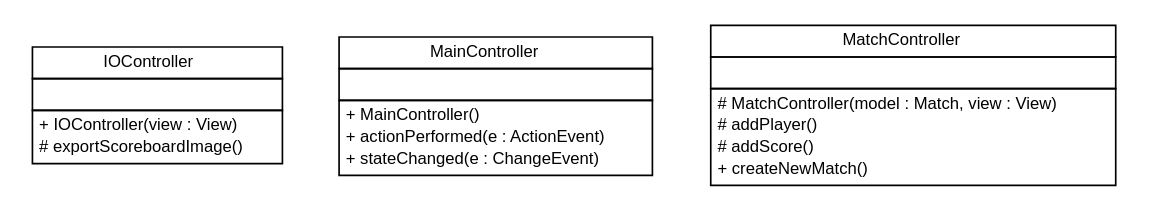
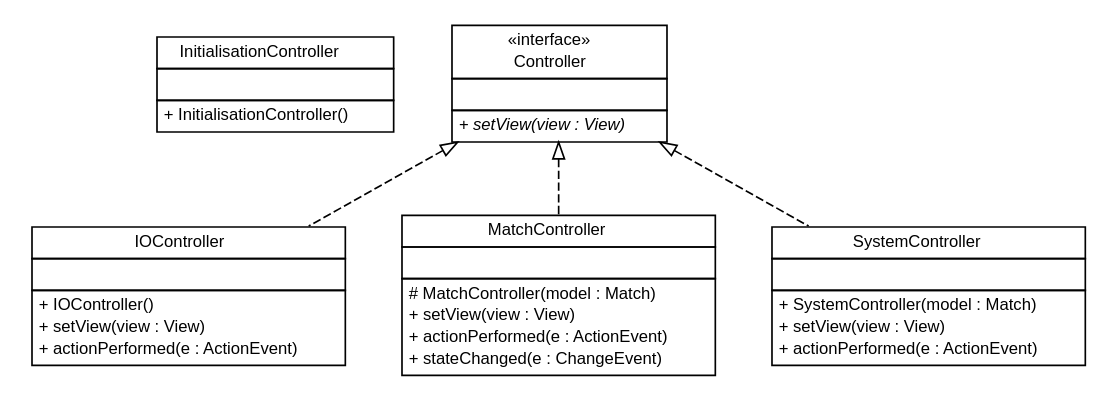
One commit to thmuggleton/bowling-desktop changed the diagram in documentation/api-javadoc/thmuggleton/controller/thmuggleton.controller.dot. Above: the diagram before and after it, drawn with Graphviz. The commit also changed 199 other files, not shown here.

```diff
--- a/documentation/api-javadoc/thmuggleton/controller/thmuggleton.controller.dot
+++ b/documentation/api-javadoc/thmuggleton/controller/thmuggleton.controller.dot
@@ -1,54 +1,86 @@
 #!/usr/local/bin/dot
 #
 # Class diagram 
 # Generated by UMLGraph version R5_6 (http://www.umlgraph.org/)
 #
 
 digraph G {
 	edge [fontname="Helvetica",fontsize=10,labelfontname="Helvetica",labelfontsize=10];
 	node [fontname="Helvetica",fontsize=10,shape=plaintext];
 	nodesep=0.25;
 	ranksep=0.5;
+	// thmuggleton.controller.InitialisationController
+	c0 [label=<<table title="thmuggleton.controller.InitialisationController" border="0" cellborder="1" cellspacing="0" cellpadding="2" port="p" href="./InitialisationController.html">
+		<tr><td><table border="0" cellspacing="0" cellpadding="1">
+<tr><td align="center" balign="center"> InitialisationController </td></tr>
+		</table></td></tr>
+		<tr><td><table border="0" cellspacing="0" cellpadding="1">
+<tr><td align="left" balign="left">  </td></tr>
+		</table></td></tr>
+		<tr><td><table border="0" cellspacing="0" cellpadding="1">
+<tr><td align="left" balign="left"> + InitialisationController() </td></tr>
+		</table></td></tr>
+		</table>>, URL="./InitialisationController.html", fontname="Helvetica", fontcolor="black", fontsize=10.0];
 	// thmuggleton.controller.IOController
-	c0 [label=<<table title="thmuggleton.controller.IOController" border="0" cellborder="1" cellspacing="0" cellpadding="2" port="p" href="./IOController.html">
+	c1 [label=<<table title="thmuggleton.controller.IOController" border="0" cellborder="1" cellspacing="0" cellpadding="2" port="p" href="./IOController.html">
 		<tr><td><table border="0" cellspacing="0" cellpadding="1">
 <tr><td align="center" balign="center"> IOController </td></tr>
 		</table></td></tr>
 		<tr><td><table border="0" cellspacing="0" cellpadding="1">
 <tr><td align="left" balign="left">  </td></tr>
 		</table></td></tr>
 		<tr><td><table border="0" cellspacing="0" cellpadding="1">
-<tr><td align="left" balign="left"> + IOController(view : View) </td></tr>
-<tr><td align="left" balign="left"> # exportScoreboardImage() </td></tr>
+<tr><td align="left" balign="left"> + IOController() </td></tr>
+<tr><td align="left" balign="left"> + setView(view : View) </td></tr>
+<tr><td align="left" balign="left"> + actionPerformed(e : ActionEvent) </td></tr>
 		</table></td></tr>
 		</table>>, URL="./IOController.html", fontname="Helvetica", fontcolor="black", fontsize=10.0];
-	// thmuggleton.controller.MainController
-	c1 [label=<<table title="thmuggleton.controller.MainController" border="0" cellborder="1" cellspacing="0" cellpadding="2" port="p" href="./MainController.html">
+	// thmuggleton.controller.Controller
+	c2 [label=<<table title="thmuggleton.controller.Controller" border="0" cellborder="1" cellspacing="0" cellpadding="2" port="p" href="./Controller.html">
 		<tr><td><table border="0" cellspacing="0" cellpadding="1">
-<tr><td align="center" balign="center"> MainController </td></tr>
+<tr><td align="center" balign="center"> &#171;interface&#187; </td></tr>
+<tr><td align="center" balign="center"> Controller </td></tr>
 		</table></td></tr>
 		<tr><td><table border="0" cellspacing="0" cellpadding="1">
 <tr><td align="left" balign="left">  </td></tr>
 		</table></td></tr>
 		<tr><td><table border="0" cellspacing="0" cellpadding="1">
-<tr><td align="left" balign="left"> + MainController() </td></tr>
-<tr><td align="left" balign="left"> + actionPerformed(e : ActionEvent) </td></tr>
-<tr><td align="left" balign="left"> + stateChanged(e : ChangeEvent) </td></tr>
+<tr><td align="left" balign="left"><font face="Helvetica-Oblique" point-size="10.0"> + setView(view : View) </font></td></tr>
 		</table></td></tr>
-		</table>>, URL="./MainController.html", fontname="Helvetica", fontcolor="black", fontsize=10.0];
+		</table>>, URL="./Controller.html", fontname="Helvetica", fontcolor="black", fontsize=10.0];
 	// thmuggleton.controller.MatchController
-	c2 [label=<<table title="thmuggleton.controller.MatchController" border="0" cellborder="1" cellspacing="0" cellpadding="2" port="p" href="./MatchController.html">
+	c3 [label=<<table title="thmuggleton.controller.MatchController" border="0" cellborder="1" cellspacing="0" cellpadding="2" port="p" href="./MatchController.html">
 		<tr><td><table border="0" cellspacing="0" cellpadding="1">
 <tr><td align="center" balign="center"> MatchController </td></tr>
 		</table></td></tr>
 		<tr><td><table border="0" cellspacing="0" cellpadding="1">
 <tr><td align="left" balign="left">  </td></tr>
 		</table></td></tr>
 		<tr><td><table border="0" cellspacing="0" cellpadding="1">
-<tr><td align="left" balign="left"> # MatchController(model : Match, view : View) </td></tr>
-<tr><td align="left" balign="left"> # addPlayer() </td></tr>
-<tr><td align="left" balign="left"> # addScore() </td></tr>
-<tr><td align="left" balign="left"> + createNewMatch() </td></tr>
+<tr><td align="left" balign="left"> # MatchController(model : Match) </td></tr>
+<tr><td align="left" balign="left"> + setView(view : View) </td></tr>
+<tr><td align="left" balign="left"> + actionPerformed(e : ActionEvent) </td></tr>
+<tr><td align="left" balign="left"> + stateChanged(e : ChangeEvent) </td></tr>
 		</table></td></tr>
 		</table>>, URL="./MatchController.html", fontname="Helvetica", fontcolor="black", fontsize=10.0];
+	// thmuggleton.controller.SystemController
+	c4 [label=<<table title="thmuggleton.controller.SystemController" border="0" cellborder="1" cellspacing="0" cellpadding="2" port="p" href="./SystemController.html">
+		<tr><td><table border="0" cellspacing="0" cellpadding="1">
+<tr><td align="center" balign="center"> SystemController </td></tr>
+		</table></td></tr>
+		<tr><td><table border="0" cellspacing="0" cellpadding="1">
+<tr><td align="left" balign="left">  </td></tr>
+		</table></td></tr>
+		<tr><td><table border="0" cellspacing="0" cellpadding="1">
+<tr><td align="left" balign="left"> + SystemController(model : Match) </td></tr>
+<tr><td align="left" balign="left"> + setView(view : View) </td></tr>
+<tr><td align="left" balign="left"> + actionPerformed(e : ActionEvent) </td></tr>
+		</table></td></tr>
+		</table>>, URL="./SystemController.html", fontname="Helvetica", fontcolor="black", fontsize=10.0];
+	//thmuggleton.controller.IOController implements thmuggleton.controller.Controller
+	c2:p -> c1:p [dir=back,arrowtail=empty,style=dashed];
+	//thmuggleton.controller.MatchController implements thmuggleton.controller.Controller
+	c2:p -> c3:p [dir=back,arrowtail=empty,style=dashed];
+	//thmuggleton.controller.SystemController implements thmuggleton.controller.Controller
+	c2:p -> c4:p [dir=back,arrowtail=empty,style=dashed];
 }
```
